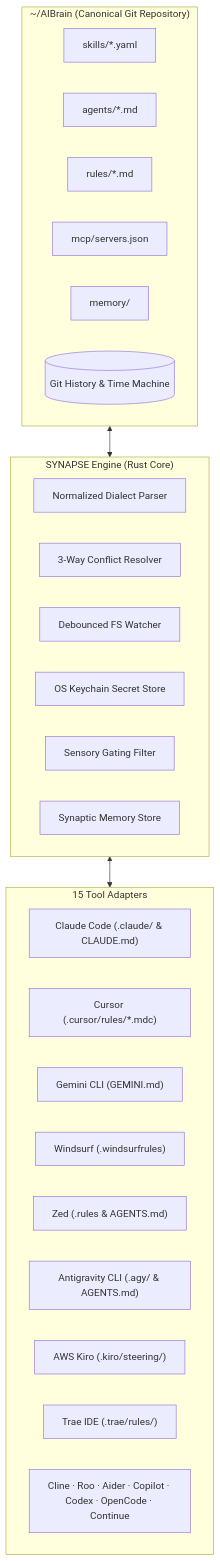
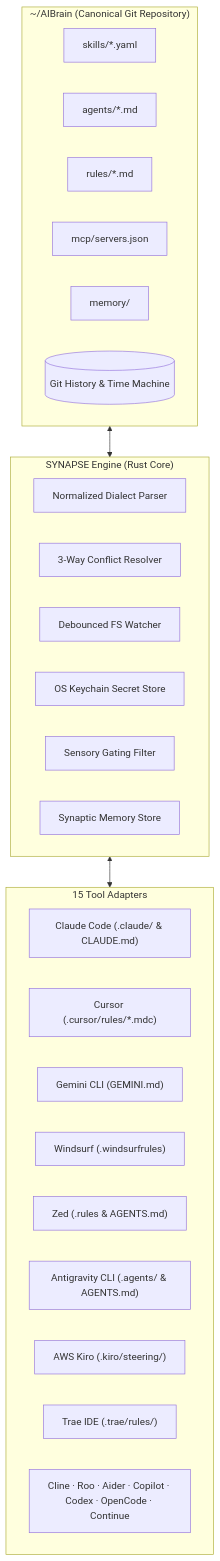
Before and after one commit to earnerbaymalay/synapse: the second of 2 diagrams in README.md, drawn with Mermaid. The commit also changed other lines of this file and 11 other files, not shown here.

````diff
--- a/README.md
+++ b/README.md
@@ -387,35 +390,35 @@
 ```mermaid
 flowchart TD
     subgraph Brain ["~/AIBrain (Canonical Git Repository)"]
         SK["skills/*.yaml"]
         AG["agents/*.md"]
         RL["rules/*.md"]
         MC["mcp/servers.json"]
         MEM["memory/"]
         GT[("Git History & Time Machine")]
     end
 
     subgraph Engine ["SYNAPSE Engine (Rust Core)"]
         PARSER["Normalized Dialect Parser"]
         MERGE["3-Way Conflict Resolver"]
         WATCH["Debounced FS Watcher"]
         KEYCHAIN["OS Keychain Secret Store"]
         GATE["Sensory Gating Filter"]
         MEMSTORE["Synaptic Memory Store"]
     end
 
     subgraph Adapters ["15 Tool Adapters"]
         CL["Claude Code (.claude/ & CLAUDE.md)"]
         CR["Cursor (.cursor/rules/*.mdc)"]
         GM["Gemini CLI (GEMINI.md)"]
         WS["Windsurf (.windsurfrules)"]
         ZD["Zed (.rules & AGENTS.md)"]
-        AGY["Antigravity CLI (.agy/ & AGENTS.md)"]
+        AGY["Antigravity CLI (.agents/ & AGENTS.md)"]
         KI["AWS Kiro (.kiro/steering/)"]
         TR["Trae IDE (.trae/rules/)"]
         OTH["Cline · Roo · Aider · Copilot · Codex · OpenCode · Continue"]
     end
 
     Brain <--> Engine
     Engine <--> Adapters
 ```
````
